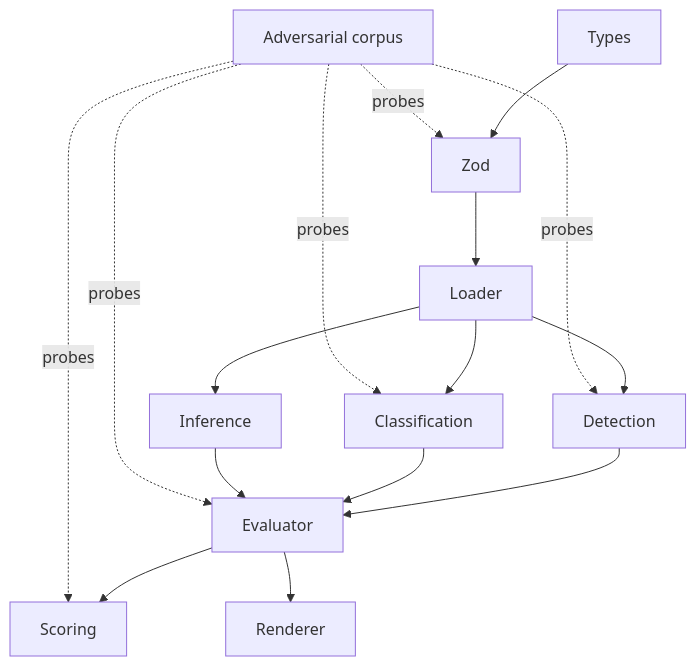
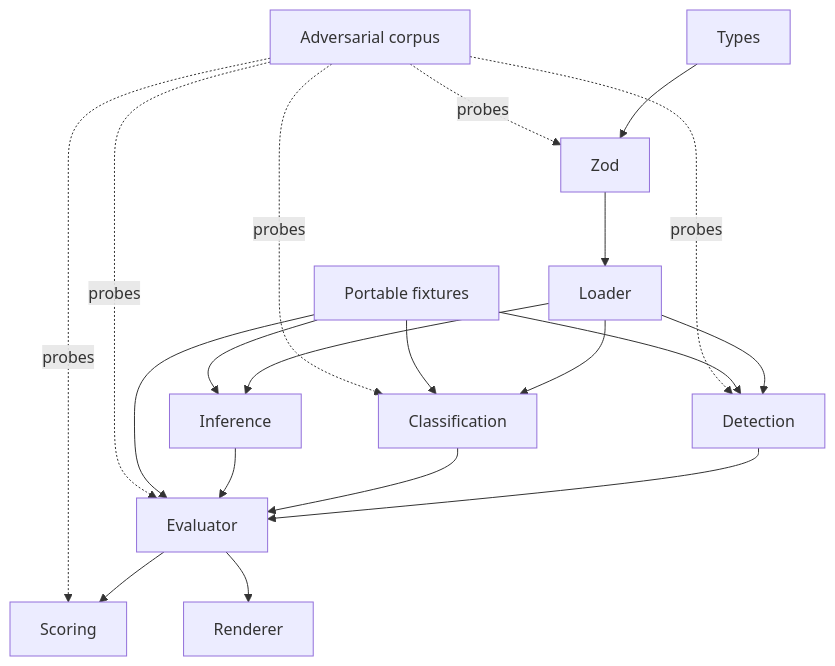
Before and after one commit to streamentry/AGENTOWNERS: the second of 4 diagrams in packages/core/AGENTS.md, drawn with Mermaid. The commit also changed other lines of this file and 21 other files, not shown here.

````diff
--- a/packages/core/AGENTS.md
+++ b/packages/core/AGENTS.md
@@ -35,18 +36,22 @@
 ```mermaid
 flowchart TB
   Types --> Zod
   Zod --> Loader
   Loader --> Detection
   Loader --> Classification
   Loader --> Inference
   Detection --> Evaluator
   Classification --> Evaluator
   Inference --> Evaluator
   Evaluator --> Scoring
   Evaluator --> Renderer
+  Fixtures[Portable fixtures] --> Detection
+  Fixtures --> Classification
+  Fixtures --> Inference
+  Fixtures --> Evaluator
   Corpus[Adversarial corpus] -. probes .-> Zod
   Corpus -. probes .-> Detection
   Corpus -. probes .-> Classification
   Corpus -. probes .-> Evaluator
   Corpus -. probes .-> Scoring
 ```
````
